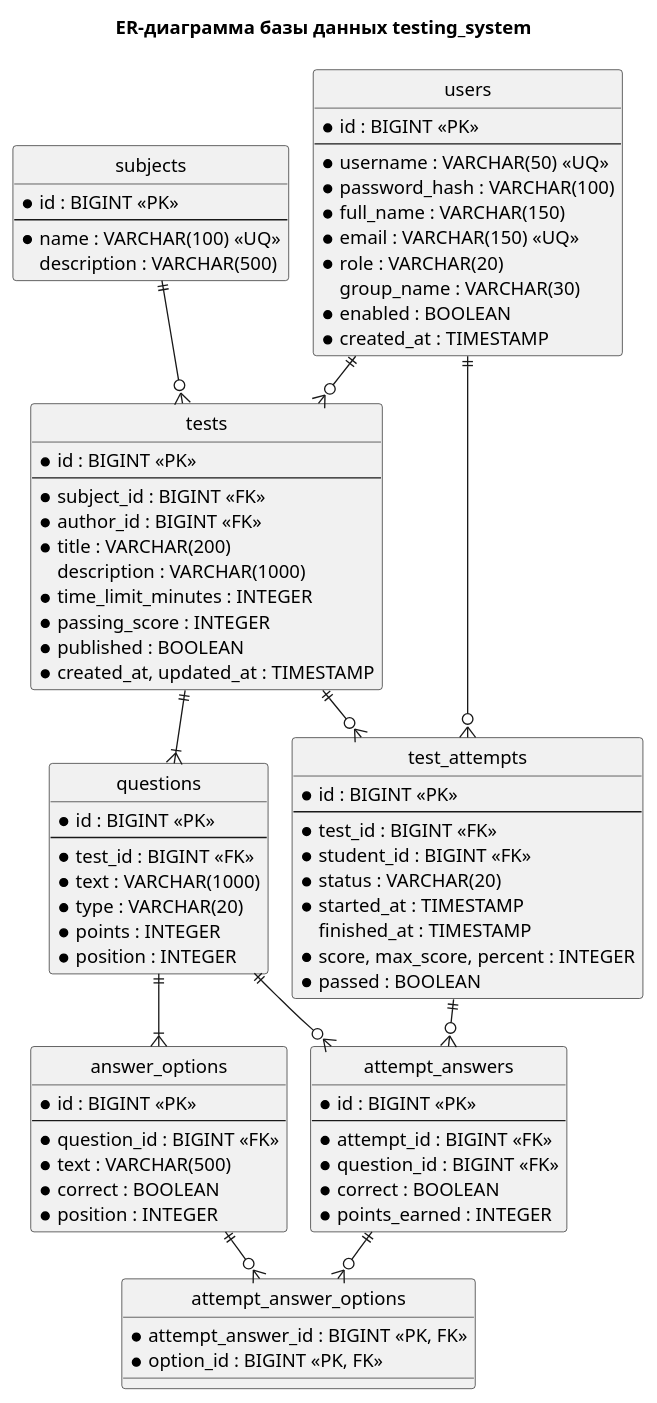
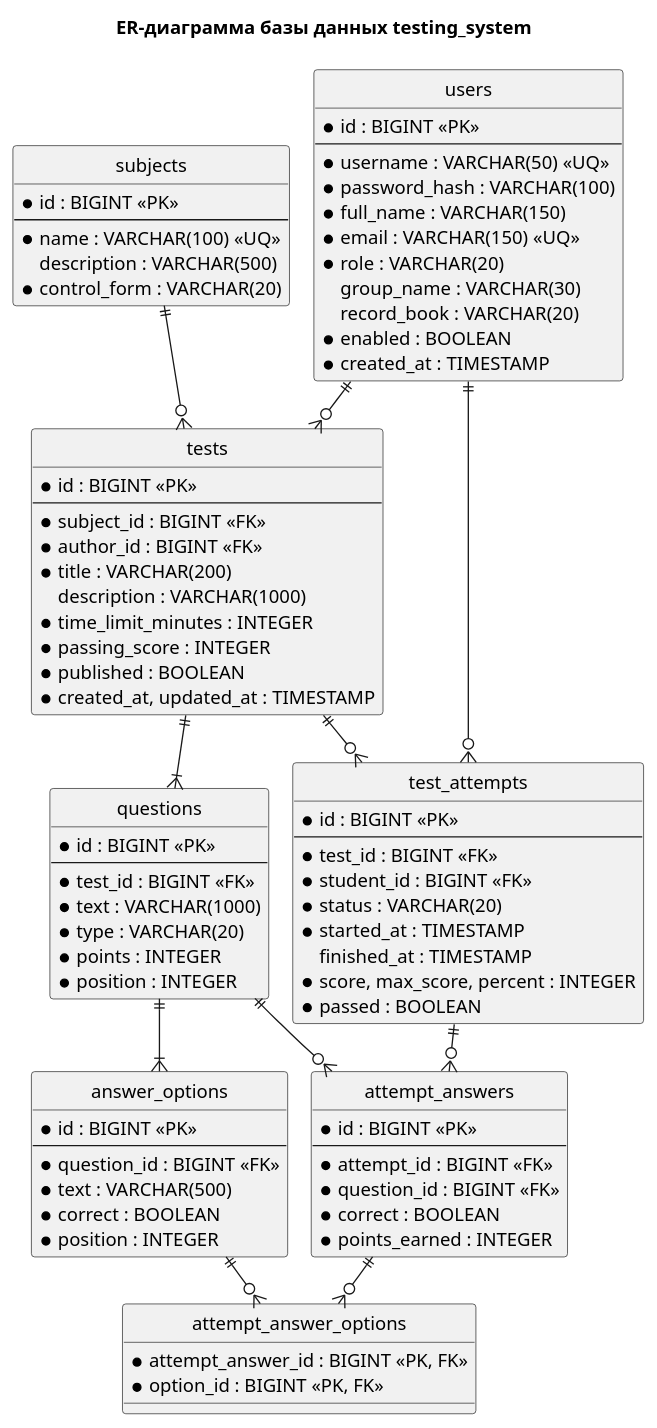
Before and after one commit to ChibryakovT/student-testing-system: the diagram in docs/uml/5_er.puml, drawn with PlantUML. The commit also changed 26 other files, not shown here.

```diff
--- a/docs/uml/5_er.puml
+++ b/docs/uml/5_er.puml
@@ -1,89 +1,91 @@
 @startuml er
 !pragma layout smetana
 skinparam defaultFontName Arial
 hide circle
 skinparam linetype ortho
 title ER-диаграмма базы данных testing_system
 
 entity users {
   * id : BIGINT <<PK>>
   --
   * username : VARCHAR(50) <<UQ>>
   * password_hash : VARCHAR(100)
   * full_name : VARCHAR(150)
   * email : VARCHAR(150) <<UQ>>
   * role : VARCHAR(20)
   group_name : VARCHAR(30)
+  record_book : VARCHAR(20)
   * enabled : BOOLEAN
   * created_at : TIMESTAMP
 }
 entity subjects {
   * id : BIGINT <<PK>>
   --
   * name : VARCHAR(100) <<UQ>>
   description : VARCHAR(500)
+  * control_form : VARCHAR(20)
 }
 entity tests {
   * id : BIGINT <<PK>>
   --
   * subject_id : BIGINT <<FK>>
   * author_id : BIGINT <<FK>>
   * title : VARCHAR(200)
   description : VARCHAR(1000)
   * time_limit_minutes : INTEGER
   * passing_score : INTEGER
   * published : BOOLEAN
   * created_at, updated_at : TIMESTAMP
 }
 entity questions {
   * id : BIGINT <<PK>>
   --
   * test_id : BIGINT <<FK>>
   * text : VARCHAR(1000)
   * type : VARCHAR(20)
   * points : INTEGER
   * position : INTEGER
 }
 entity answer_options {
   * id : BIGINT <<PK>>
   --
   * question_id : BIGINT <<FK>>
   * text : VARCHAR(500)
   * correct : BOOLEAN
   * position : INTEGER
 }
 entity test_attempts {
   * id : BIGINT <<PK>>
   --
   * test_id : BIGINT <<FK>>
   * student_id : BIGINT <<FK>>
   * status : VARCHAR(20)
   * started_at : TIMESTAMP
   finished_at : TIMESTAMP
   * score, max_score, percent : INTEGER
   * passed : BOOLEAN
 }
 entity attempt_answers {
   * id : BIGINT <<PK>>
   --
   * attempt_id : BIGINT <<FK>>
   * question_id : BIGINT <<FK>>
   * correct : BOOLEAN
   * points_earned : INTEGER
 }
 entity attempt_answer_options {
   * attempt_answer_id : BIGINT <<PK, FK>>
   * option_id : BIGINT <<PK, FK>>
 }
 
 subjects ||--o{ tests
 users ||--o{ tests
 tests ||--|{ questions
 questions ||--|{ answer_options
 users ||--o{ test_attempts
 tests ||--o{ test_attempts
 test_attempts ||--o{ attempt_answers
 questions ||--o{ attempt_answers
 attempt_answers ||--o{ attempt_answer_options
 answer_options ||--o{ attempt_answer_options
 @enduml
```
